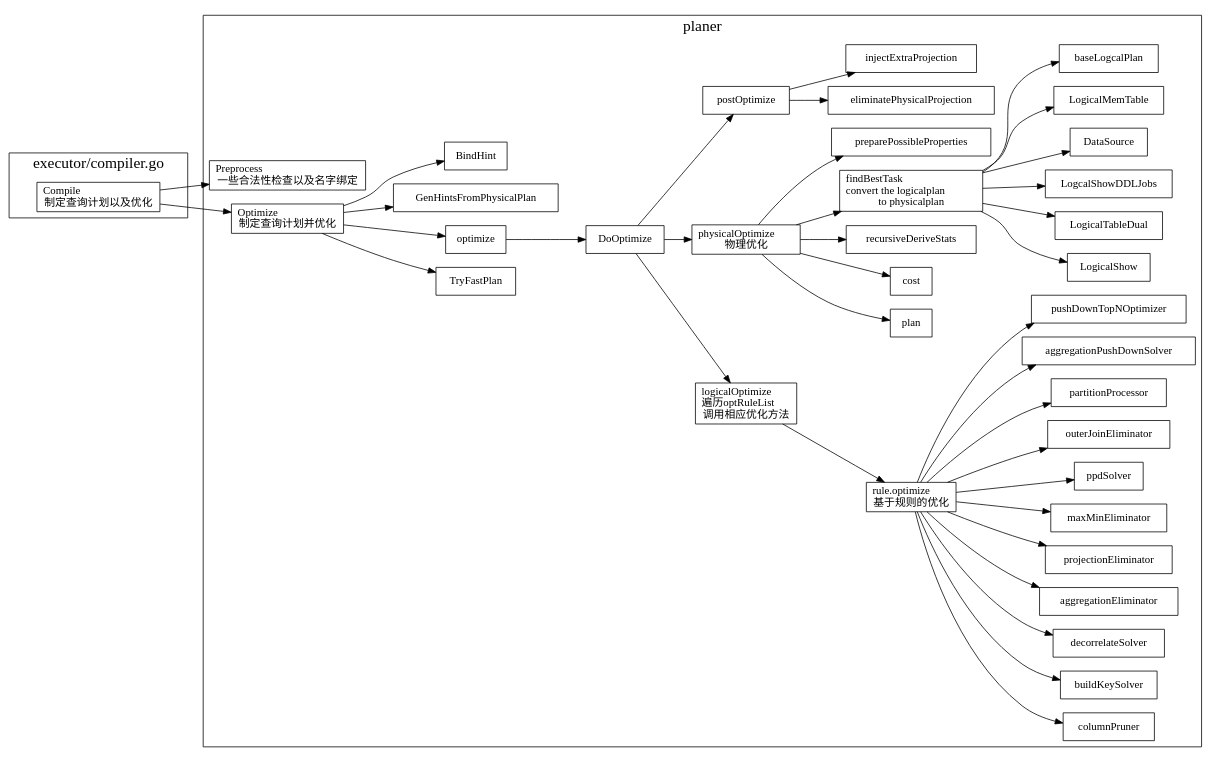
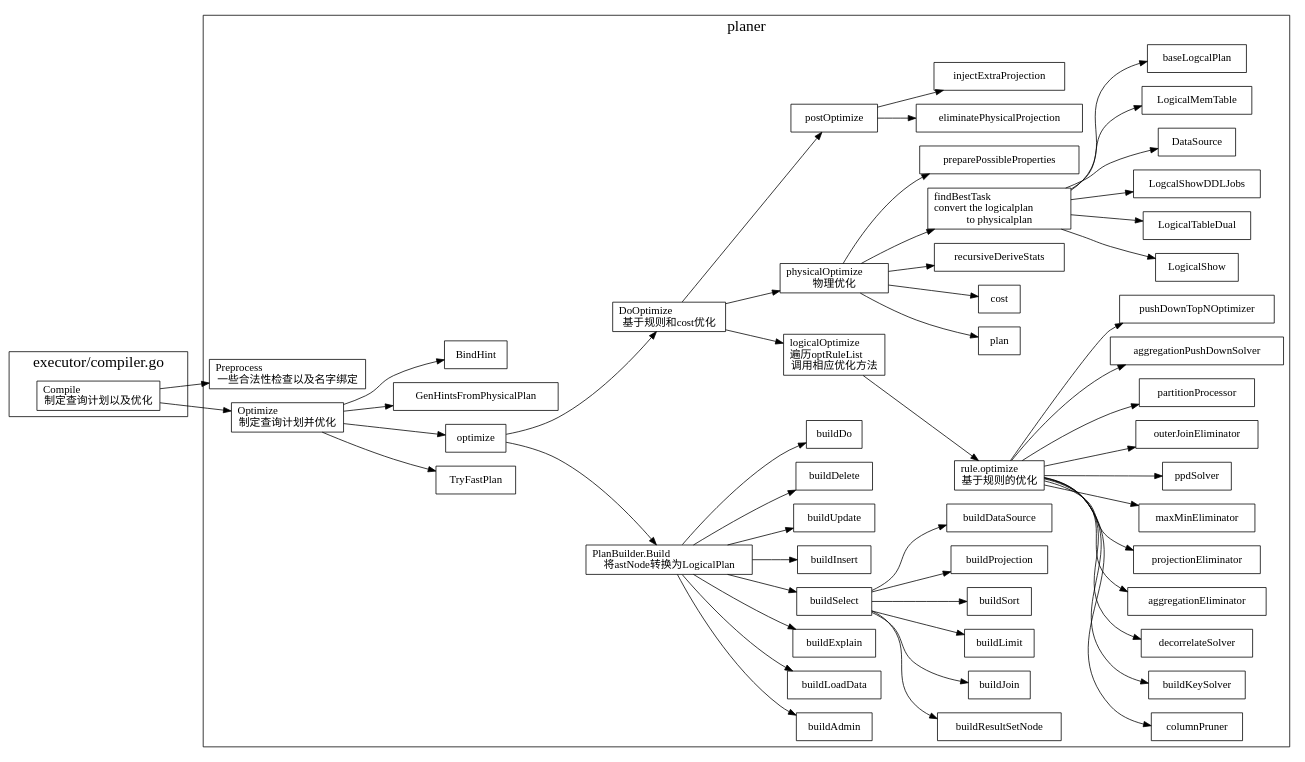
One commit to xieyu/blog changed the diagram in src/tidb/sql-plan.dot. Above: the diagram before and after it, drawn with Graphviz. The commit also changed 2 other files, not shown here.

Commit message:
add note about astNode -> logicalPlan

```diff
--- a/src/tidb/sql-plan.dot
+++ b/src/tidb/sql-plan.dot
@@ -1,77 +1,100 @@
 digraph sql_plan {
   node[shape=box];
   newrank=true;
   rankdir=LR;
 
   subgraph cluster_executor {
     graph[label="executor/compiler.go";fontsize=20;];
     Compile[label="Compile\l制定查询计划以及优化"];
   }
   subgraph cluster_plan {
     graph[label="planer";fontsize=20;];
 
     Preprocess[label="Preprocess\l一些合法性检查以及名字绑定"];
     Optimize[label="Optimize\l制定查询计划并优化"];
+    PlanBuilder_Build[label="PlanBuilder.Build\l将astNode转换为LogicalPlan"]
     Optimize -> {
       TryFastPlan;
       optimize;
       GenHintsFromPhysicalPlan;
       BindHint;
     };
+    DoOptimize[label="DoOptimize\l基于规则和cost优化"];
     optimize -> DoOptimize;
+    optimize -> PlanBuilder_Build;
+    PlanBuilder_Build-> {
+      buildAdmin;
+      buildLoadData;
+      buildExplain;
+      buildSelect;
+      buildInsert;
+      buildUpdate;
+      buildDelete;
+      buildDo;
+    };
+
+    buildSelect -> {
+      buildResultSetNode;
+      buildJoin;
+      buildLimit;
+      buildSort;
+      buildProjection;
+      buildDataSource;
+    };
+
     DoOptimize -> {
       logicalOptimize;
       physicalOptimize;
       postOptimize;
     };
     physicalOptimize[label="physicalOptimize\l物理优化"];
     logicalOptimize[label="logicalOptimize\l遍历optRuleList\l调用相应优化方法"];
     rule_optimize[label="rule.optimize\l基于规则的优化"];
 
     logicalOptimize->rule_optimize;
     rule_optimize -> {
       columnPruner;
       buildKeySolver;
       decorrelateSolver;
       aggregationEliminator;
       projectionEliminator;
       maxMinEliminator;
       ppdSolver;
       outerJoinEliminator;
       partitionProcessor;
       aggregationPushDownSolver;
       pushDownTopNOptimizer;
     };
     task_plan[label="plan"];
     task_cost[label="cost"];
 
     physicalOptimize -> {
       recursiveDeriveStats;
       findBestTask;
       preparePossibleProperties;
       task_plan;
       task_cost;
     };
     findBestTask[label="findBestTask\lconvert the logicalplan \lto physicalplan"];
 
     findBestTask -> {
       LogicalShow;
       LogicalTableDual;
       LogcalShowDDLJobs;
       DataSource;
       LogicalMemTable;
       baseLogcalPlan;
     };
 
     postOptimize -> {
       eliminatePhysicalProjection;
       injectExtraProjection;
     };
   }
 
   Compile -> {
     Preprocess;
     Optimize;
   }
 
 }
```
